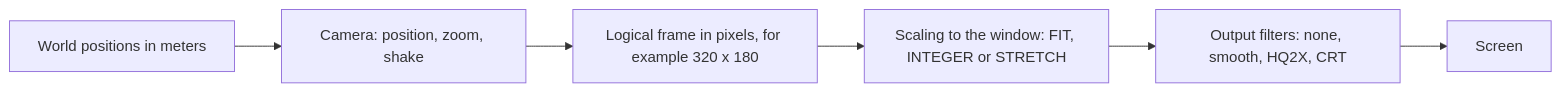
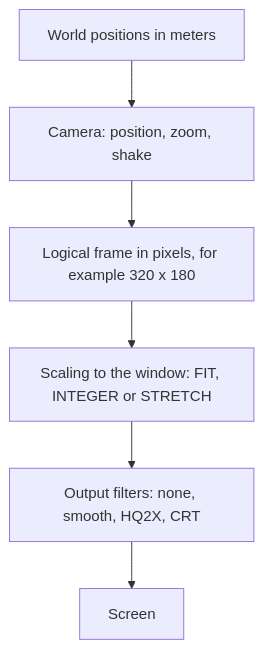
Before and after one commit to b3dgs/lionengine: the fourth of 7 diagrams in docs/how-the-engine-works.md, drawn with Mermaid. The commit also changed other lines of this file and 22 other files, not shown here.

First line of the commit message:
docs: validate every remaining document, add plain-language mermaid overview

````diff
--- a/docs/how-the-engine-works.md
+++ b/docs/how-the-engine-works.md
@@ -68,8 +73,8 @@
 ```mermaid
-flowchart LR
+flowchart TB
   w["World positions in meters"] --> cam["Camera: position, zoom, shake"]
   cam --> frame["Logical frame in pixels, for example 320 x 180"]
   frame --> scale["Scaling to the window: FIT, INTEGER or STRETCH"]
   scale --> filter["Output filters: none, smooth, HQ2X, CRT"]
   filter --> screen["Screen"]
 ```
````
